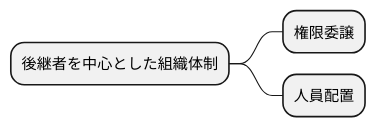
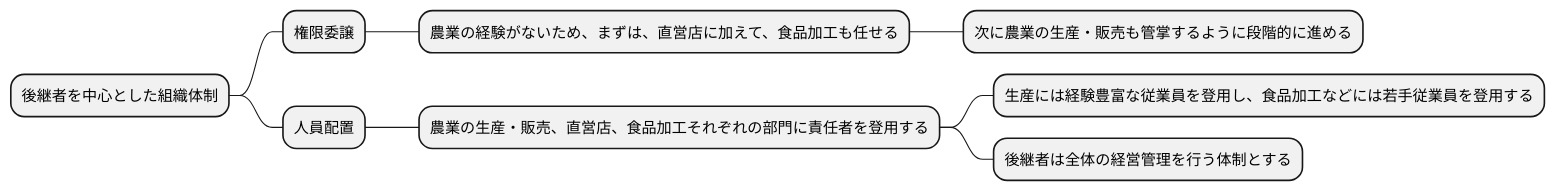
Before and after one commit to k2works/requirements_definition_excercise: diagram 11 of 11 in docs/R04/study/study_1_take02.md, drawn with PlantUML. The commit also changed other lines of this file, not shown here.

````diff
--- a/docs/R04/study/study_1_take02.md
+++ b/docs/R04/study/study_1_take02.md
@@ -325,9 +354,14 @@
 ```plantuml
 @startmindmap
 
 * 後継者を中心とした組織体制
 ** 権限委譲
+*** 農業の経験がないため、まずは、直営店に加えて、食品加工も任せる
+**** 次に農業の生産・販売も管掌するように段階的に進める
 ** 人員配置
+*** 農業の生産・販売、直営店、食品加工それぞれの部門に責任者を登用する
+**** 生産には経験豊富な従業員を登用し、食品加工などには若手従業員を登用する
+**** 後継者は全体の経営管理を行う体制とする
 
 @endmindmap
 ```
````
